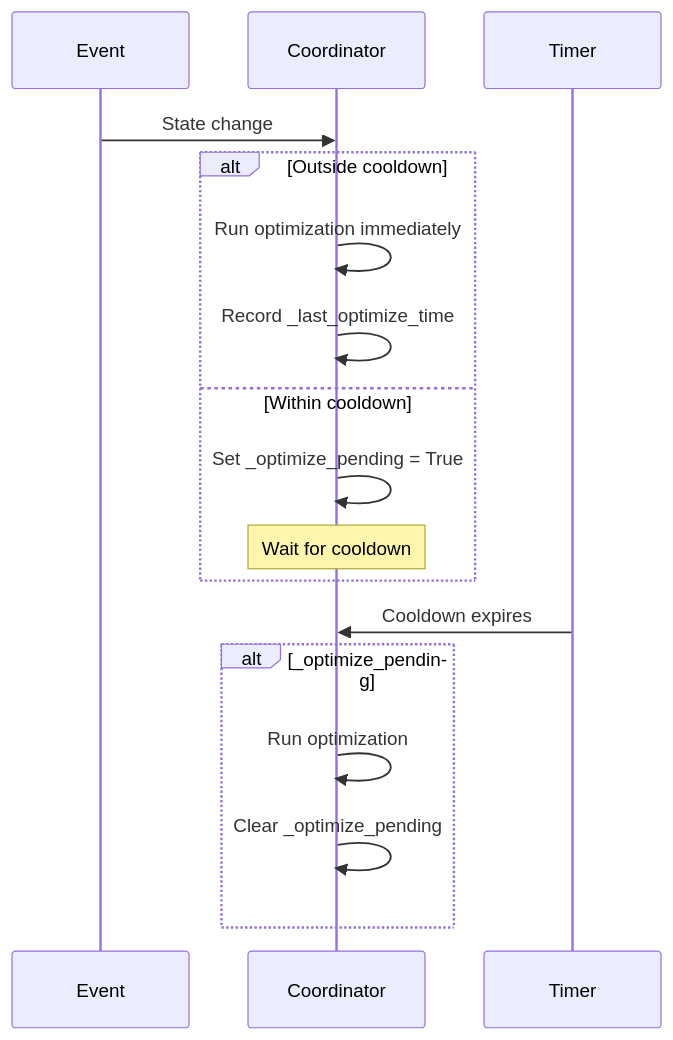
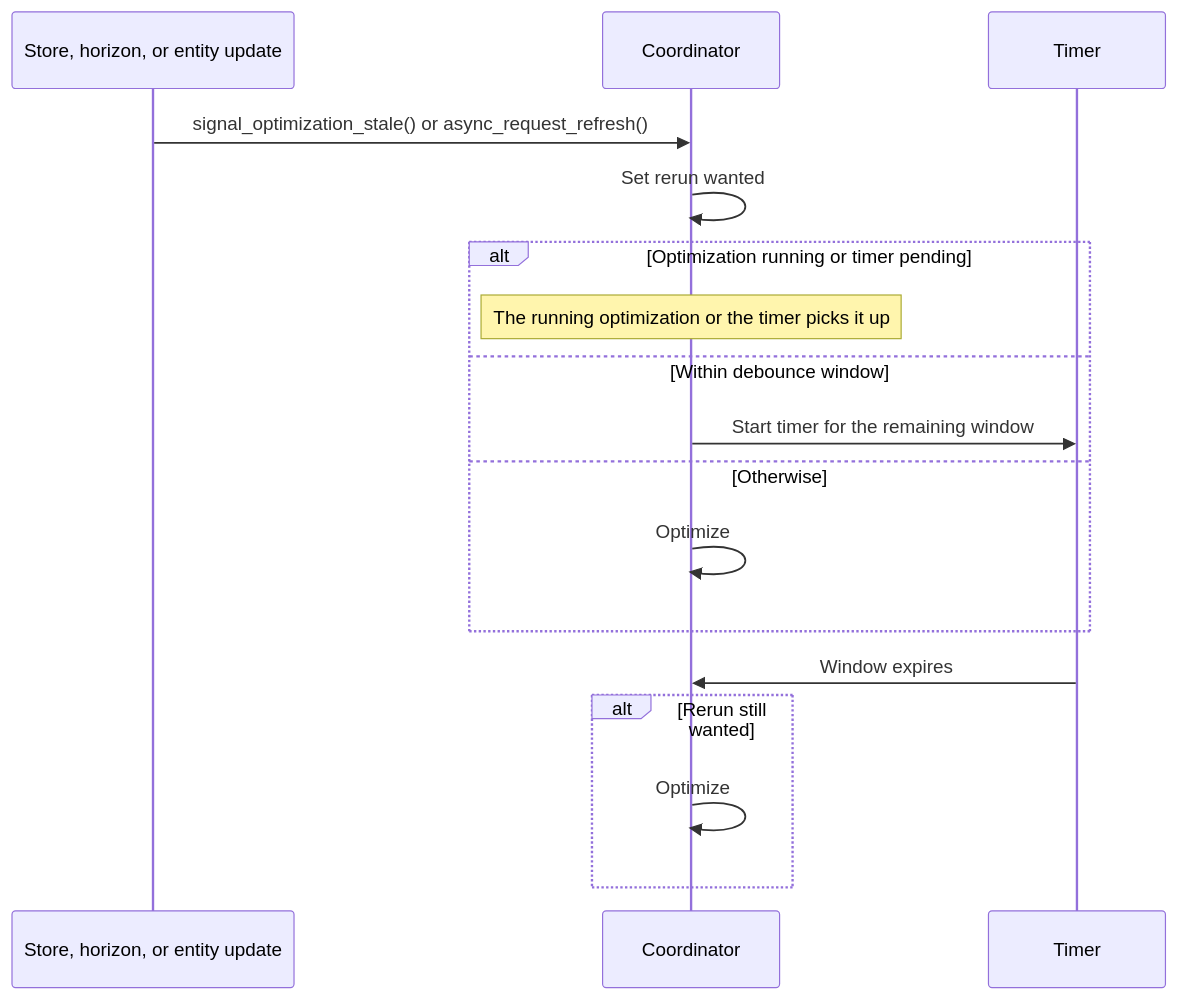
One commit to hass-energy/haeo changed the second of 2 diagrams in docs/developer-guide/coordinator.md. Above: the diagram before and after it, drawn with Mermaid. The commit also changed other lines of this file and 52 other files, not shown here.

````diff
--- a/docs/developer-guide/coordinator.md
+++ b/docs/developer-guide/coordinator.md
@@ -200,21 +94,21 @@
 ```mermaid
 sequenceDiagram
-    participant E as Event
+    participant E as Store, horizon, or entity update
     participant C as Coordinator
     participant Timer
 
-    E->>C: State change
-    alt Outside cooldown
-        C->>C: Run optimization immediately
-        C->>C: Record _last_optimize_time
-    else Within cooldown
-        C->>C: Set _optimize_pending = True
-        Note over C: Wait for cooldown
+    E->>C: signal_optimization_stale() or async_request_refresh()
+    C->>C: Set rerun wanted
+    alt Optimization running or timer pending
+        Note over C: The running optimization or the timer picks it up
+    else Within debounce window
+        C->>Timer: Start timer for the remaining window
+    else Otherwise
+        C->>C: Optimize
     end
 
-    Timer->>C: Cooldown expires
-    alt _optimize_pending
-        C->>C: Run optimization
-        C->>C: Clear _optimize_pending
+    Timer->>C: Window expires
+    alt Rerun still wanted
+        C->>C: Optimize
     end
 ```
````
